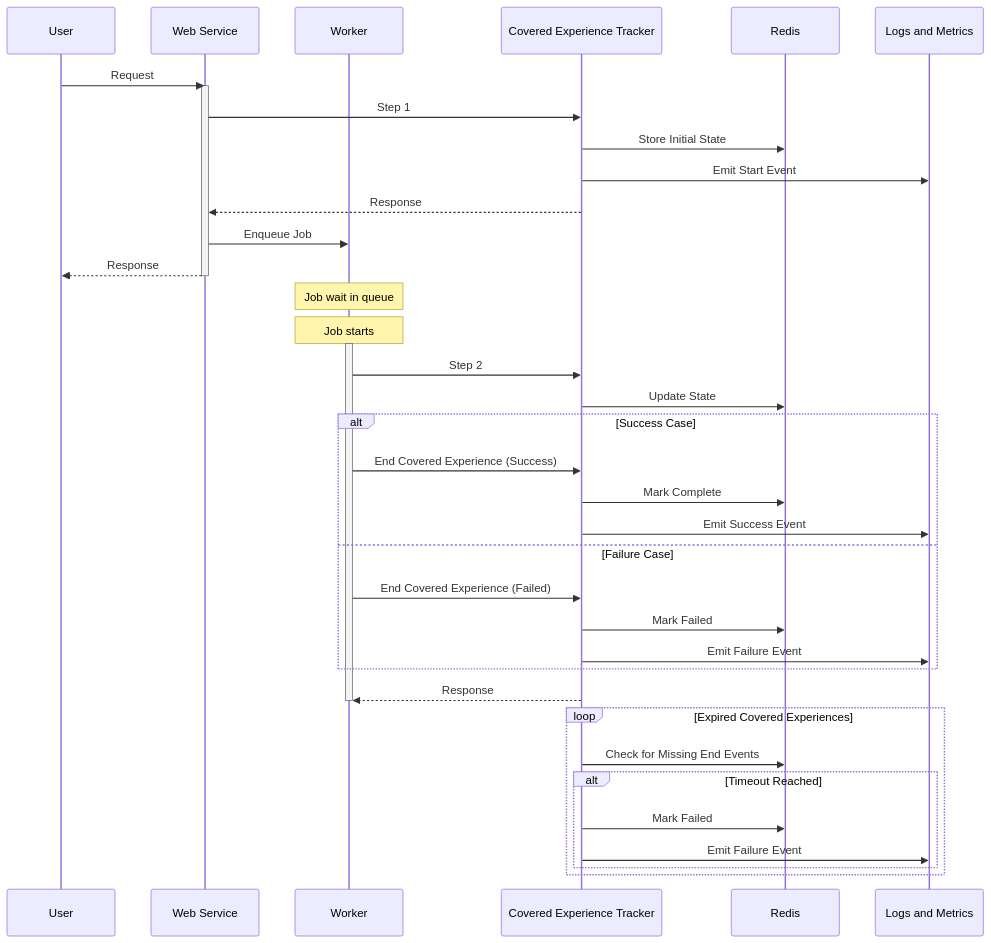
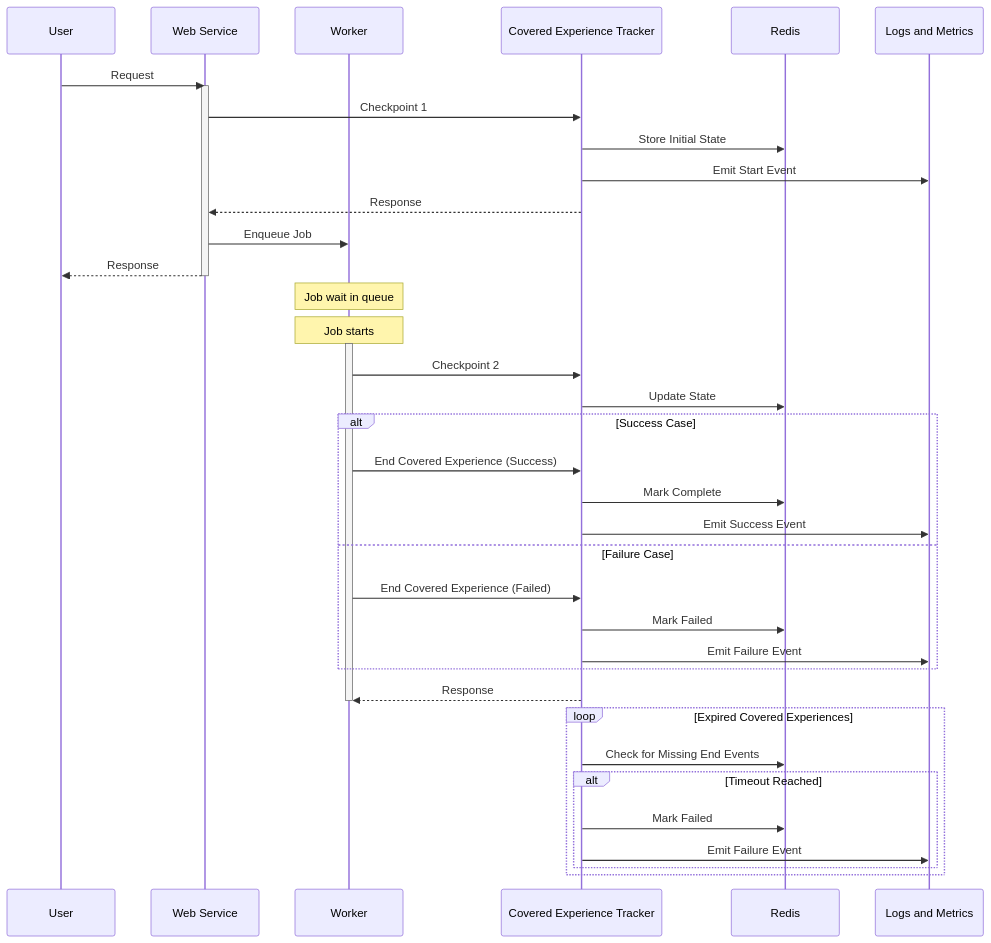
The third of 3 diagrams in content/handbook/engineering/architecture/design-documents/covered_experience_slis/next_step.md (zalyoung/gitlab-handbook), drawn with Mermaid before and after one commit. The commit also changed other lines of this file, not shown here.

````diff
--- a/content/handbook/engineering/architecture/design-documents/covered_experience_slis/next_step.md
+++ b/content/handbook/engineering/architecture/design-documents/covered_experience_slis/next_step.md
@@ -146,49 +151,49 @@
 ```mermaid
 sequenceDiagram
     participant User
     participant Web as Web Service
     participant Worker
     participant Tracker as Covered Experience Tracker
     participant Redis
     participant Event as Logs and Metrics
 
     User->>Web: Request
     activate Web
 
-    Web->>Tracker: Step 1
+    Web->>Tracker: Checkpoint 1
     Tracker->>Redis: Store Initial State
     Tracker->>Event: Emit Start Event
     Tracker-->>Web: Response
 
     Web->>Worker: Enqueue Job
     Web-->>User: Response
     deactivate Web
 
     Note over Worker: Job wait in queue
 
     Note over Worker: Job starts
     activate Worker
-    Worker->>Tracker: Step 2
+    Worker->>Tracker: Checkpoint 2
     Tracker->>Redis: Update State
 
     alt Success Case
         Worker->>Tracker: End Covered Experience (Success)
         Tracker->>Redis: Mark Complete
         Tracker->>Event: Emit Success Event
     else Failure Case
         Worker->>Tracker: End Covered Experience (Failed)
         Tracker->>Redis: Mark Failed
         Tracker->>Event: Emit Failure Event
     end
 
     Tracker-->>Worker: Response
     deactivate Worker
 
     loop Expired Covered Experiences
         Tracker->>Redis: Check for Missing End Events
         alt Timeout Reached
             Tracker->>Redis: Mark Failed
             Tracker->>Event: Emit Failure Event
         end
     end
 ```
````
